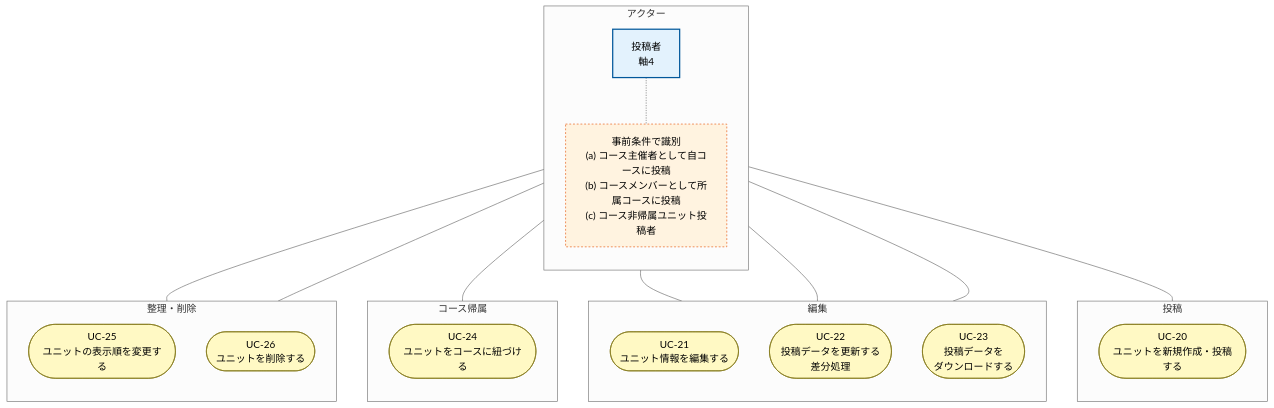
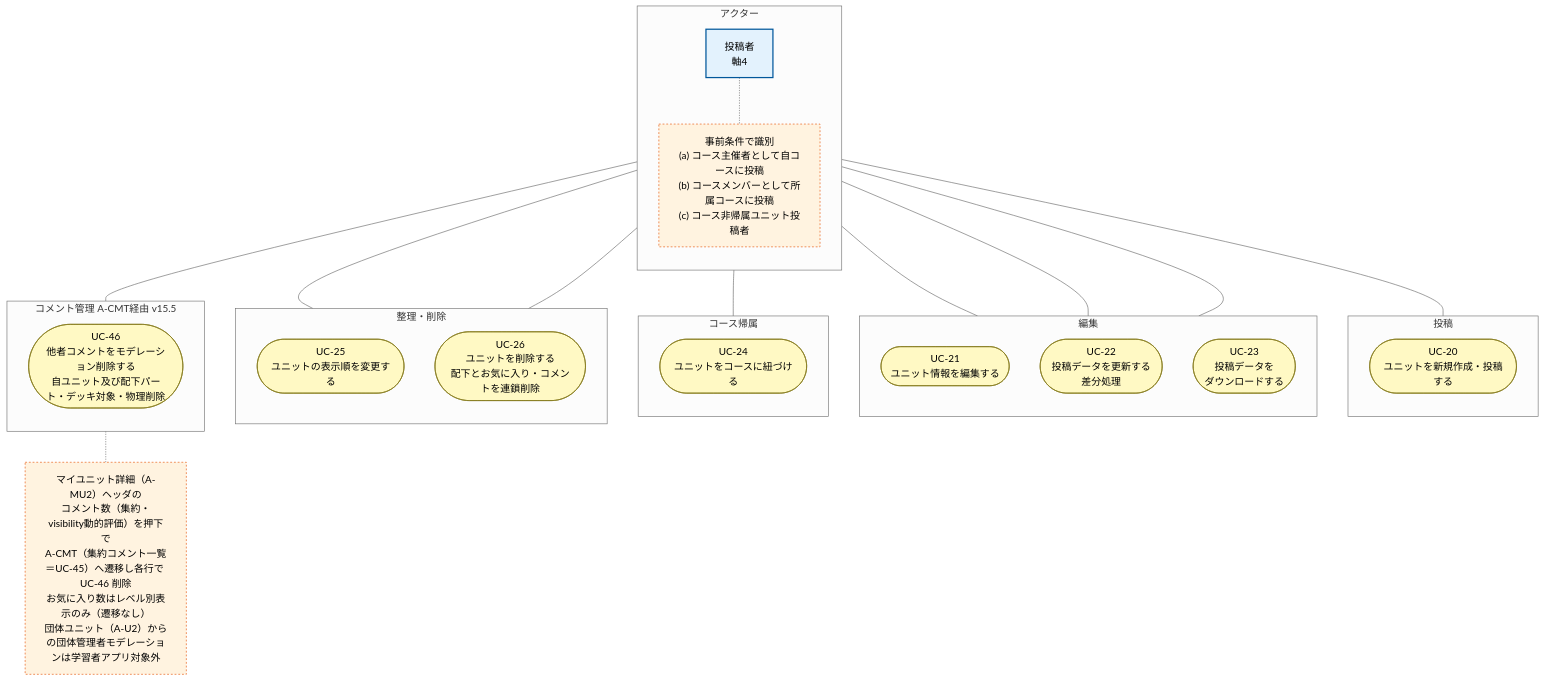
The diagram in choi/学習者アプリ_ユースケース図/学習者アプリ_ユースケース図_U6_マイユニット投稿.mmd (topicmaker-git/Pages), drawn with Mermaid (neutral theme) before and after one commit. The commit also changed 7 other files, not shown here.

```diff
--- a/choi/学習者アプリ_ユースケース図/学習者アプリ_ユースケース図_U6_マイユニット投稿.mmd
+++ b/choi/学習者アプリ_ユースケース図/学習者アプリ_ユースケース図_U6_マイユニット投稿.mmd
@@ -1,45 +1,55 @@
 flowchart TB
 
 classDef actor fill:#e3f2fd,stroke:#01579b,stroke-width:2px,color:#000
 classDef uc fill:#fff9c4,stroke:#827717,stroke-width:1px,color:#000
 classDef note fill:#fff3e0,stroke:#e65100,stroke-width:1px,stroke-dasharray:3 3,color:#000
 
 subgraph A_Actors["アクター"]
     direction TB
     Poster["投稿者<br/>軸4"]:::actor
     PosterNote["事前条件で識別<br/>(a) コース主催者として自コースに投稿<br/>(b) コースメンバーとして所属コースに投稿<br/>(c) コース非帰属ユニット投稿者"]:::note
     Poster -.- PosterNote
 end
 
 subgraph UC_Post["投稿"]
     direction TB
     UC20(["UC-20<br/>ユニットを新規作成・投稿する"])
 end
 
 subgraph UC_Edit["編集"]
     direction TB
     UC21(["UC-21<br/>ユニット情報を編集する"])
     UC22(["UC-22<br/>投稿データを更新する<br/>差分処理"])
     UC23(["UC-23<br/>投稿データを<br/>ダウンロードする"])
 end
 
 subgraph UC_Course["コース帰属"]
     direction TB
     UC24(["UC-24<br/>ユニットをコースに紐づける"])
 end
 
 subgraph UC_Org["整理・削除"]
     direction TB
     UC25(["UC-25<br/>ユニットの表示順を変更する"])
-    UC26(["UC-26<br/>ユニットを削除する"])
+    UC26(["UC-26<br/>ユニットを削除する<br/>配下とお気に入り・コメントを連鎖削除"])
 end
+
+subgraph UC_CommentMod["コメント管理 A-CMT経由 v15.5"]
+    direction TB
+    UC46(["UC-46<br/>他者コメントをモデレーション削除する<br/>自ユニット及び配下パート・デッキ対象・物理削除"])
+end
+
+NoteCMT["マイユニット詳細（A-MU2）ヘッダの<br/>コメント数（集約・visibility動的評価）を押下で<br/>A-CMT（集約コメント一覧＝UC-45）へ遷移し各行で UC-46 削除<br/>お気に入り数はレベル別表示のみ（遷移なし）<br/>団体ユニット（A-U2）からの団体管理者モデレーションは学習者アプリ対象外"]:::note
 
 Poster --- UC20
 Poster --- UC21
 Poster --- UC22
 Poster --- UC23
 Poster --- UC24
 Poster --- UC25
 Poster --- UC26
+Poster --- UC46
 
-class UC20,UC21,UC22,UC23,UC24,UC25,UC26 uc
+UC46 -.- NoteCMT
+
+class UC20,UC21,UC22,UC23,UC24,UC25,UC26,UC46 uc
```
